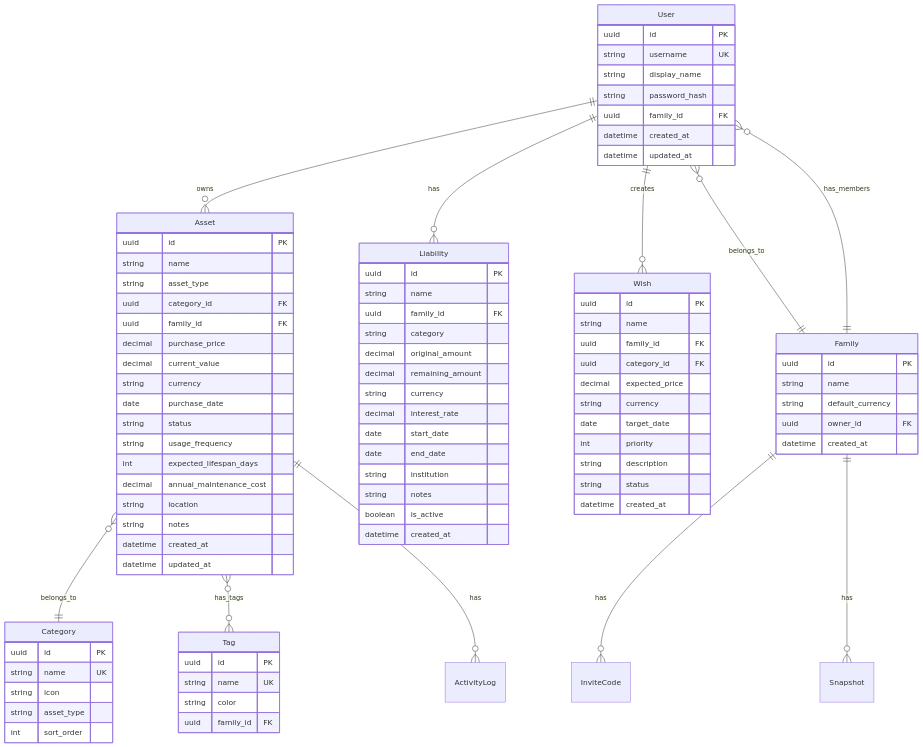
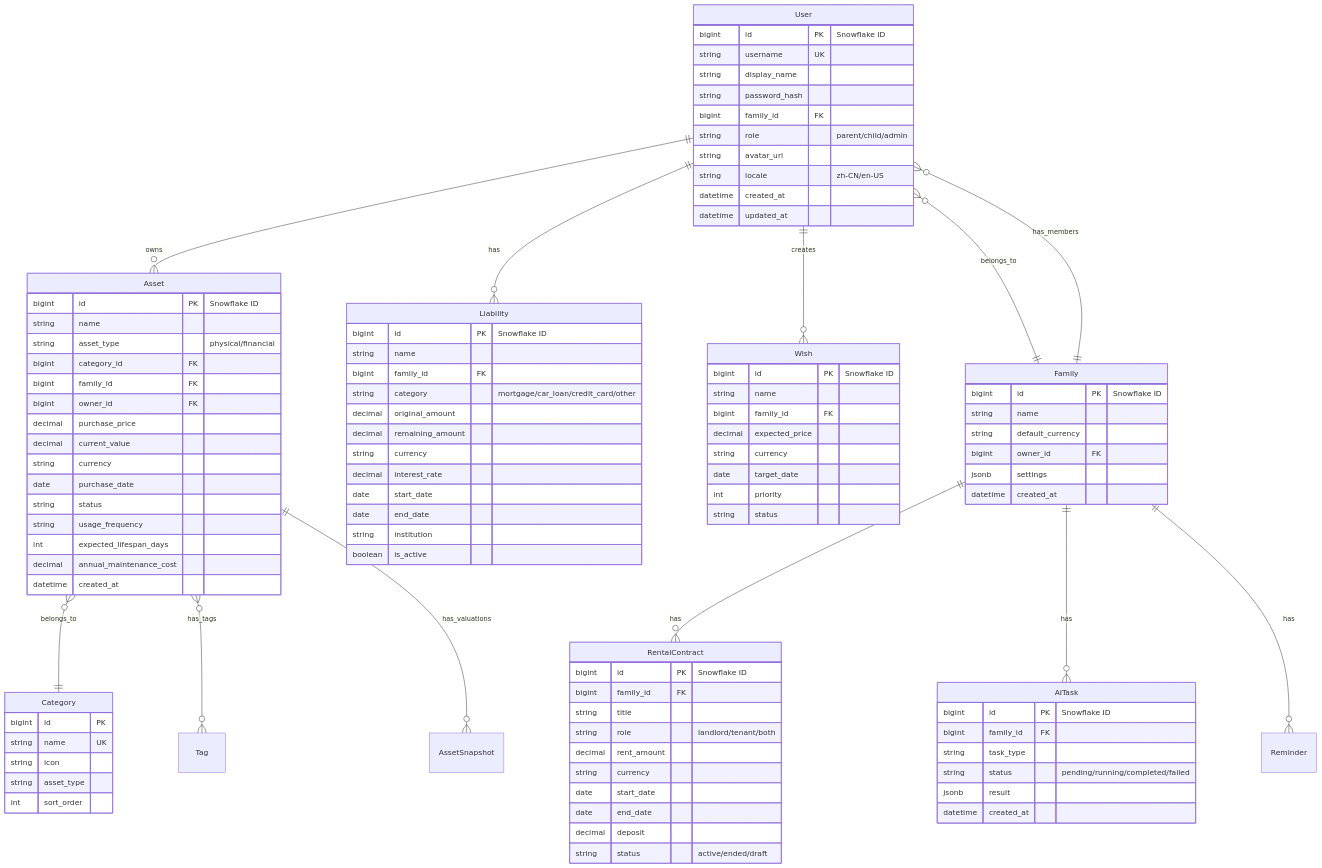
One commit to vincentruan/numina changed the diagram in docs/DATA_MODELS.md. Above: the diagram before and after it, drawn with Mermaid. The commit also changed other lines of this file and 248 other files, not shown here.

````diff
--- a/docs/DATA_MODELS.md
+++ b/docs/DATA_MODELS.md
@@ -9,36 +9,42 @@
     User ||--o{ Wish : creates
     User }o--|| Family : belongs_to
     Family ||--o{ User : has_members
-    Family ||--o{ InviteCode : has
-    Family ||--o{ Snapshot : has
+    Family ||--o{ RentalContract : has
     Asset }o--|| Category : belongs_to
     Asset }o--o{ Tag : has_tags
-    Asset ||--o{ ActivityLog : has
+    Asset ||--o{ AssetSnapshot : has_valuations
+    Family ||--o{ AITask : has
+    Family ||--o{ Reminder : has
 
     User {
-        uuid id PK
+        bigint id PK "Snowflake ID"
         string username UK
         string display_name
         string password_hash
-        uuid family_id FK
+        bigint family_id FK
+        string role "parent/child/admin"
+        string avatar_url
+        string locale "zh-CN/en-US"
         datetime created_at
         datetime updated_at
     }
 
     Family {
-        uuid id PK
+        bigint id PK "Snowflake ID"
         string name
         string default_currency
-        uuid owner_id FK
+        bigint owner_id FK
+        jsonb settings
         datetime created_at
     }
 
     Asset {
-        uuid id PK
+        bigint id PK "Snowflake ID"
         string name
-        string asset_type
-        uuid category_id FK
-        uuid family_id FK
+        string asset_type "physical/financial"
+        bigint category_id FK
+        bigint family_id FK
+        bigint owner_id FK
         decimal purchase_price
         decimal current_value
         string currency
@@ -47,14 +53,11 @@
         string usage_frequency
         int expected_lifespan_days
         decimal annual_maintenance_cost
-        string location
-        string notes
         datetime created_at
-        datetime updated_at
     }
 
     Category {
-        uuid id PK
+        bigint id PK
         string name UK
         string icon
         string asset_type
@@ -62,10 +65,10 @@
     }
 
     Liability {
-        uuid id PK
+        bigint id PK "Snowflake ID"
         string name
-        uuid family_id FK
-        string category
+        bigint family_id FK
+        string category "mortgage/car_loan/credit_card/other"
         decimal original_amount
         decimal remaining_amount
         string currency
@@ -73,29 +76,39 @@
         date start_date
         date end_date
         string institution
-        string notes
         boolean is_active
-        datetime created_at
+    }
+
+    RentalContract {
+        bigint id PK "Snowflake ID"
+        bigint family_id FK
+        string title
+        string role "landlord/tenant/both"
+        decimal rent_amount
+        string currency
+        date start_date
+        date end_date
+        decimal deposit
+        string status "active/ended/draft"
     }
 
     Wish {
-        uuid id PK
+        bigint id PK "Snowflake ID"
         string name
-        uuid family_id FK
-        uuid category_id FK
+        bigint family_id FK
         decimal expected_price
         string currency
         date target_date
         int priority
-        string description
         string status
+    }
+
+    AITask {
+        bigint id PK "Snowflake ID"
+        bigint family_id FK
+        string task_type
+        string status "pending/running/completed/failed"
+        jsonb result
         datetime created_at
     }
-
-    Tag {
-        uuid id PK
-        string name UK
-        string color
-        uuid family_id FK
-    }
 ```
````
